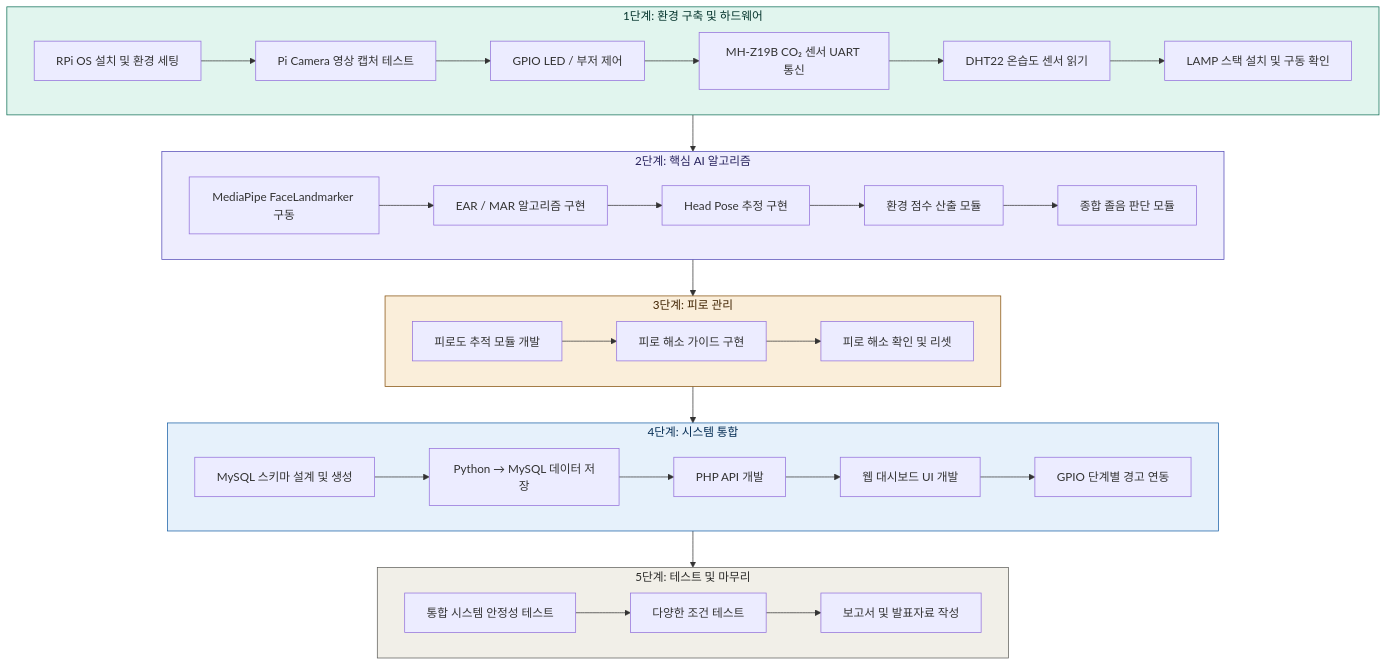
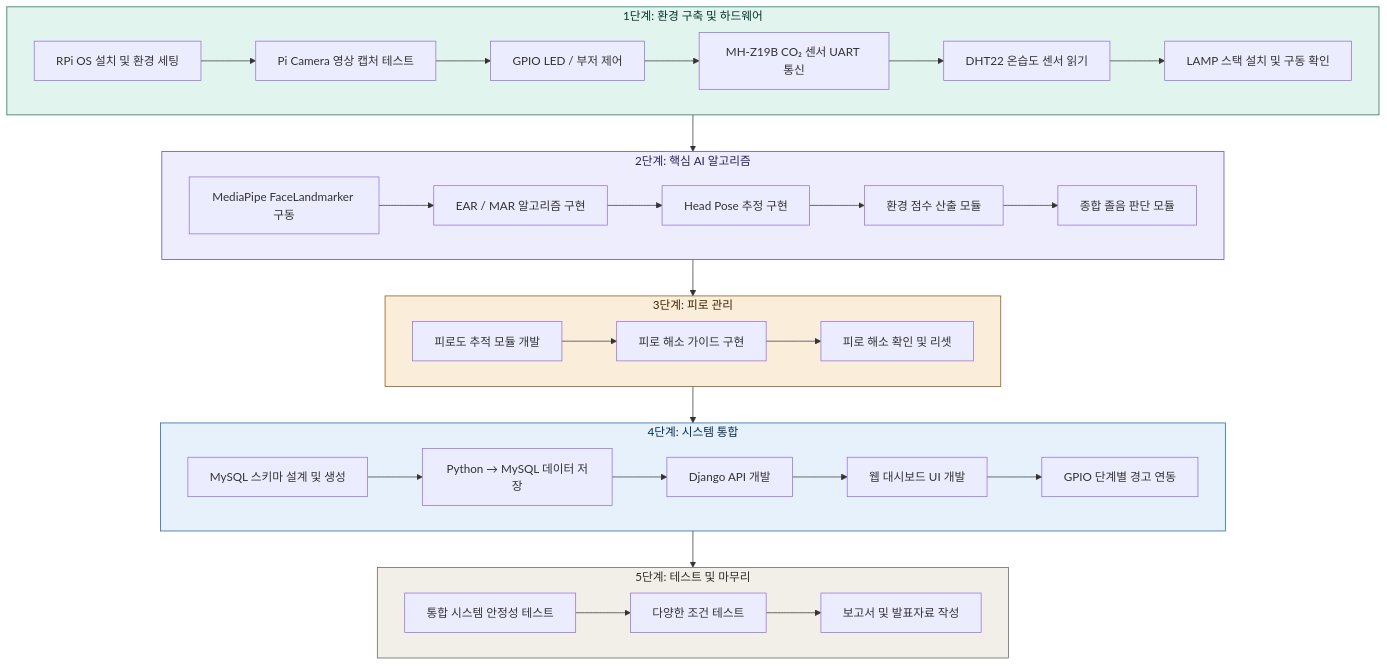
Before and after one commit to pgh165/capstone: diagram 11 of 13 in project.md, drawn with Mermaid. The commit also changed other lines of this file and 20 other files, not shown here.

````diff
--- a/project.md
+++ b/project.md
@@ -908,55 +908,55 @@
 ```mermaid
 flowchart TB
     subgraph PHASE1["1단계: 환경 구축 및 하드웨어"]
         P1A["RPi OS 설치 및 환경 세팅"]
         P1B["Pi Camera 영상 캡처 테스트"]
         P1C["GPIO LED / 부저 제어"]
         P1D["MH-Z19B CO₂ 센서 UART 통신"]
         P1E["DHT22 온습도 센서 읽기"]
         P1F["LAMP 스택 설치 및 구동 확인"]
         P1A --> P1B --> P1C --> P1D --> P1E --> P1F
     end
 
     subgraph PHASE2["2단계: 핵심 AI 알고리즘"]
         P2A["MediaPipe FaceLandmarker 구동"]
         P2B["EAR / MAR 알고리즘 구현"]
         P2C["Head Pose 추정 구현"]
         P2D["환경 점수 산출 모듈"]
         P2E["종합 졸음 판단 모듈"]
         P2A --> P2B --> P2C --> P2D --> P2E
     end
 
     subgraph PHASE3["3단계: 피로 관리"]
         P3A["피로도 추적 모듈 개발"]
         P3B["피로 해소 가이드 구현"]
         P3C["피로 해소 확인 및 리셋"]
         P3A --> P3B --> P3C
     end
 
     subgraph PHASE4["4단계: 시스템 통합"]
         P4A["MySQL 스키마 설계 및 생성"]
         P4B["Python → MySQL 데이터 저장"]
-        P4C["PHP API 개발"]
+        P4C["Django API 개발"]
         P4D["웹 대시보드 UI 개발"]
         P4E["GPIO 단계별 경고 연동"]
         P4A --> P4B --> P4C --> P4D --> P4E
     end
 
     subgraph PHASE5["5단계: 테스트 및 마무리"]
         P5A["통합 시스템 안정성 테스트"]
         P5B["다양한 조건 테스트"]
         P5C["보고서 및 발표자료 작성"]
         P5A --> P5B --> P5C
     end
 
     PHASE1 --> PHASE2
     PHASE2 --> PHASE3
     PHASE3 --> PHASE4
     PHASE4 --> PHASE5
 
     style PHASE1 fill:#E1F5EE,stroke:#0F6E56,color:#04342C
     style PHASE2 fill:#EEEDFE,stroke:#534AB7,color:#26215C
     style PHASE3 fill:#FAEEDA,stroke:#854F0B,color:#412402
     style PHASE4 fill:#E6F1FB,stroke:#185FA5,color:#042C53
     style PHASE5 fill:#F1EFE8,stroke:#5F5E5A,color:#2C2C2A
 ```
````
